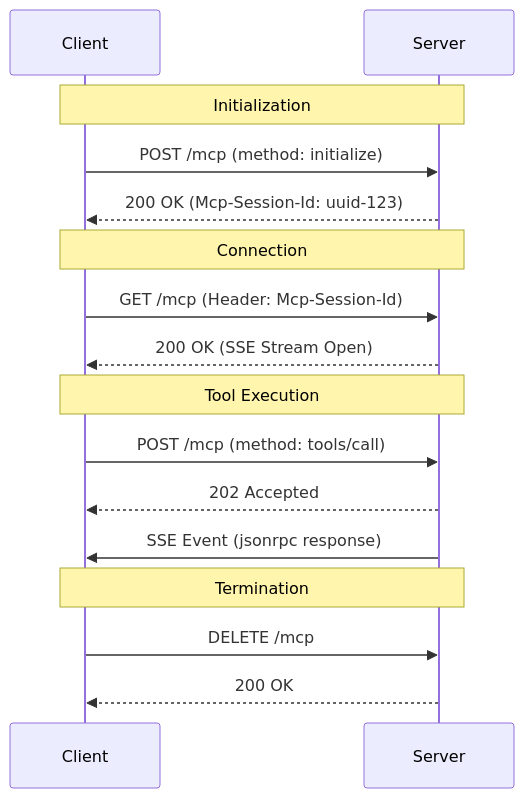
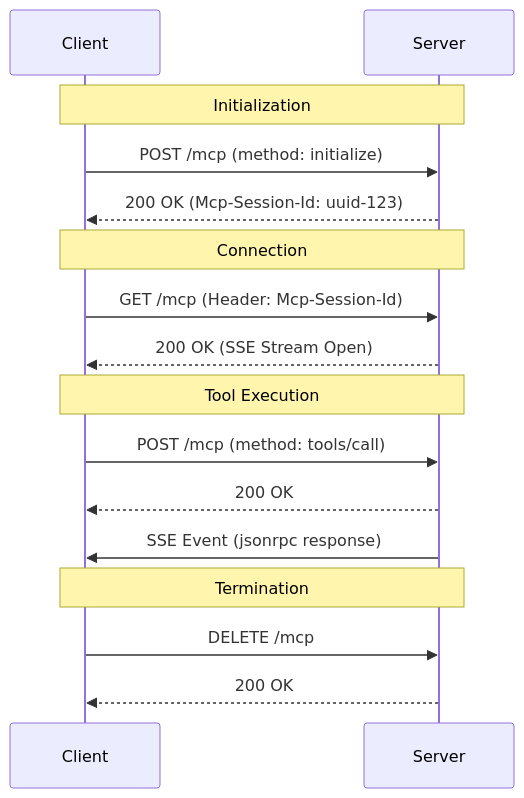
One commit to aranga-nana/easy-mcp-server changed the diagram in .github/copilot-instructions.md. Above: the diagram before and after it, drawn with Mermaid. The commit also changed other lines of this file and 10 other files, not shown here.

````diff
--- a/.github/copilot-instructions.md
+++ b/.github/copilot-instructions.md
@@ -231,22 +276,22 @@
 ```mermaid
 sequenceDiagram
     participant Client
     participant Server
 
     Note over Client, Server: Initialization
     Client->>Server: POST /mcp (method: initialize)
     Server-->>Client: 200 OK (Mcp-Session-Id: uuid-123)
 
     Note over Client, Server: Connection
     Client->>Server: GET /mcp (Header: Mcp-Session-Id)
     Server-->>Client: 200 OK (SSE Stream Open)
 
     Note over Client, Server: Tool Execution
     Client->>Server: POST /mcp (method: tools/call)
-    Server-->>Client: 202 Accepted
+    Server-->>Client: 200 OK
     Server->>Client: SSE Event (jsonrpc response)
 
     Note over Client, Server: Termination
     Client->>Server: DELETE /mcp
     Server-->>Client: 200 OK
 ```
````
